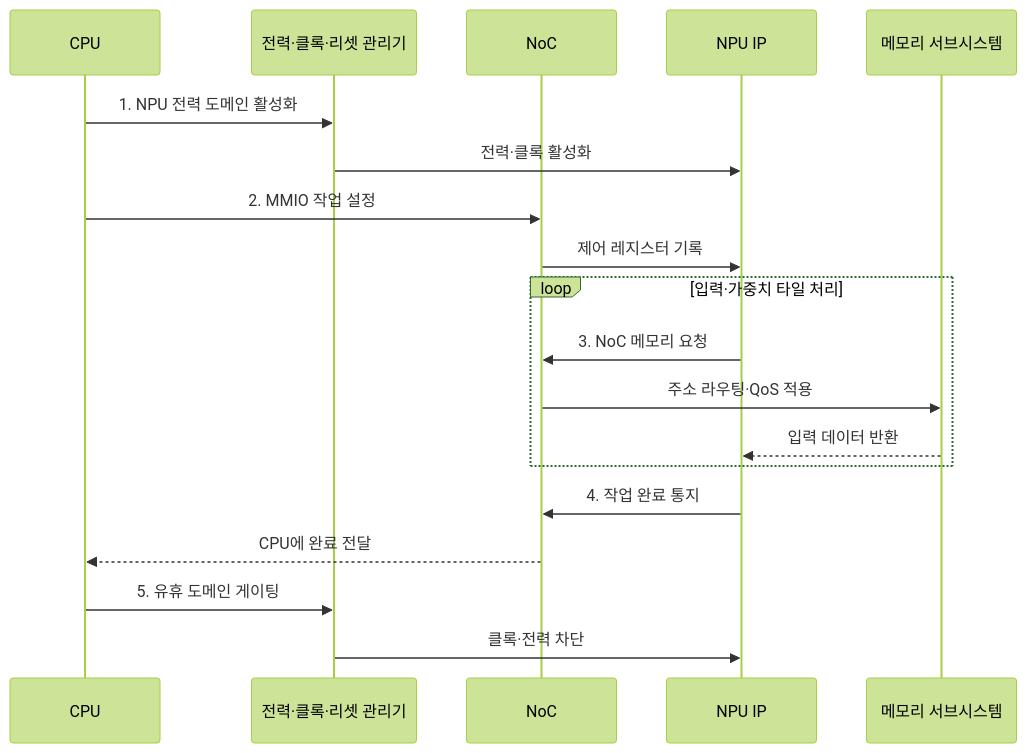
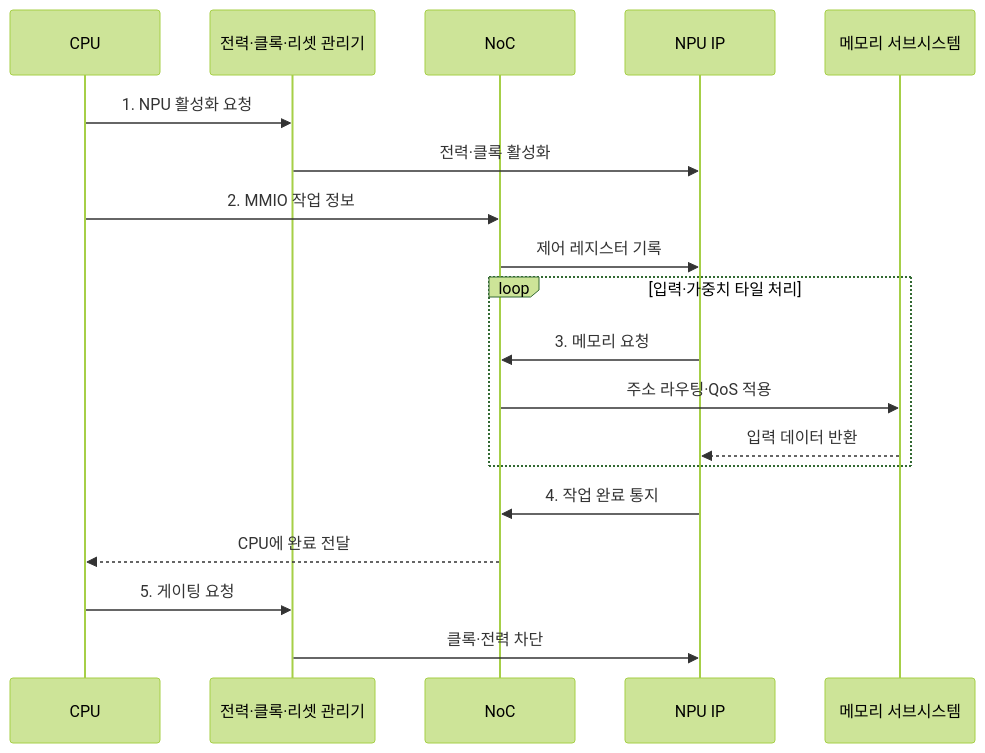
The second of 2 diagrams in src/content/docs/notes/02-hardware/038_system_on_chip.md (agnusdei1207/knowledge-base), drawn with Mermaid (forest theme) before and after one commit. The commit also changed other lines of this file and 20 other files, not shown here.

````diff
--- a/src/content/docs/notes/02-hardware/038_system_on_chip.md
+++ b/src/content/docs/notes/02-hardware/038_system_on_chip.md
@@ -94,22 +99,22 @@
 ```mermaid
 sequenceDiagram
     participant C as CPU
     participant P as 전력·클록·리셋 관리기
     participant N as NoC
     participant A as NPU IP
     participant M as 메모리 서브시스템
 
-    C->>P: 1. NPU 전력 도메인 활성화
+    C->>P: 1. NPU 활성화 요청
     P->>A: 전력·클록 활성화
-    C->>N: 2. MMIO 작업 설정
+    C->>N: 2. MMIO 작업 정보
     N->>A: 제어 레지스터 기록
     loop 입력·가중치 타일 처리
-        A->>N: 3. NoC 메모리 요청
+        A->>N: 3. 메모리 요청
         N->>M: 주소 라우팅·QoS 적용
         M-->>A: 입력 데이터 반환
     end
     A->>N: 4. 작업 완료 통지
     N-->>C: CPU에 완료 전달
-    C->>P: 5. 유휴 도메인 게이팅
+    C->>P: 5. 게이팅 요청
     P->>A: 클록·전력 차단
 ```
````
